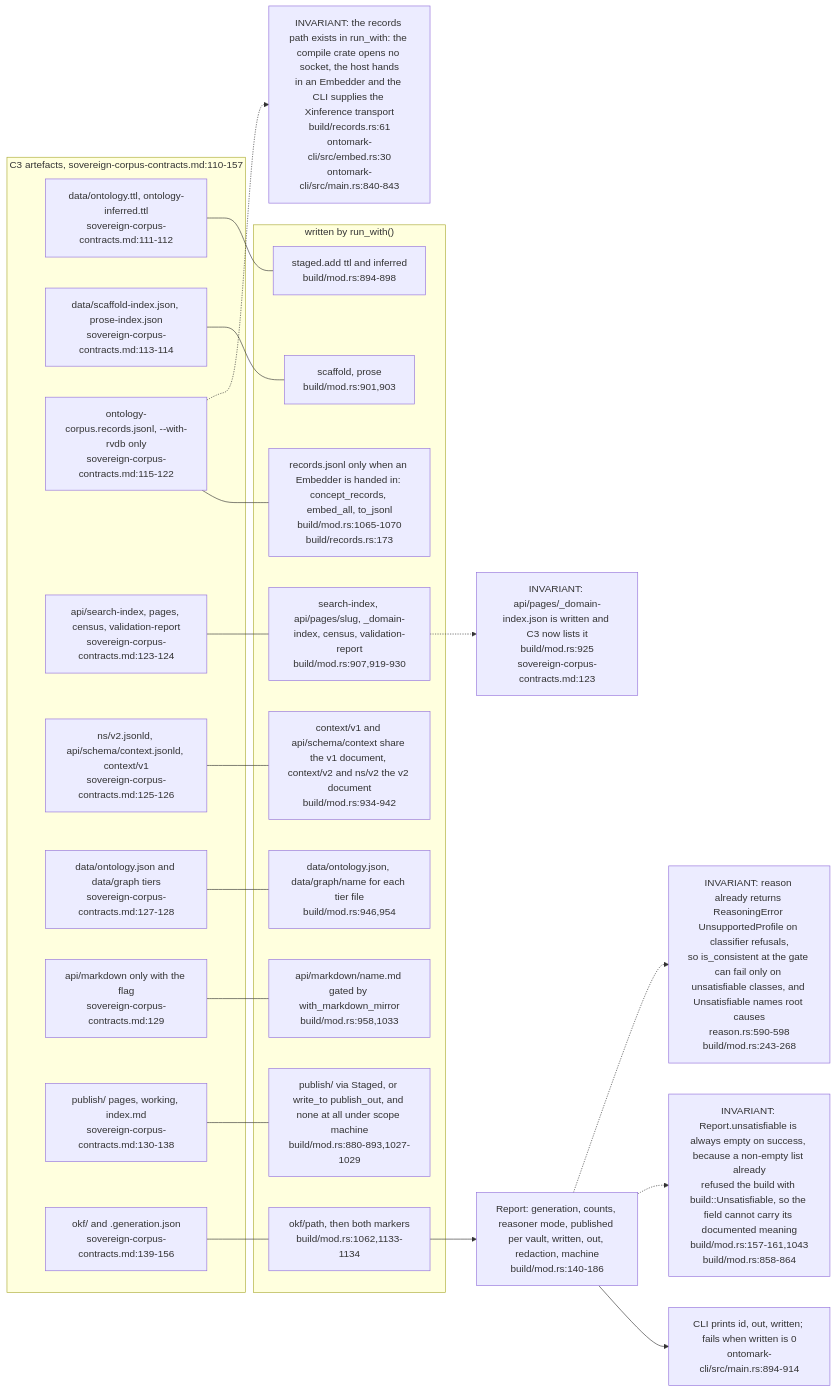
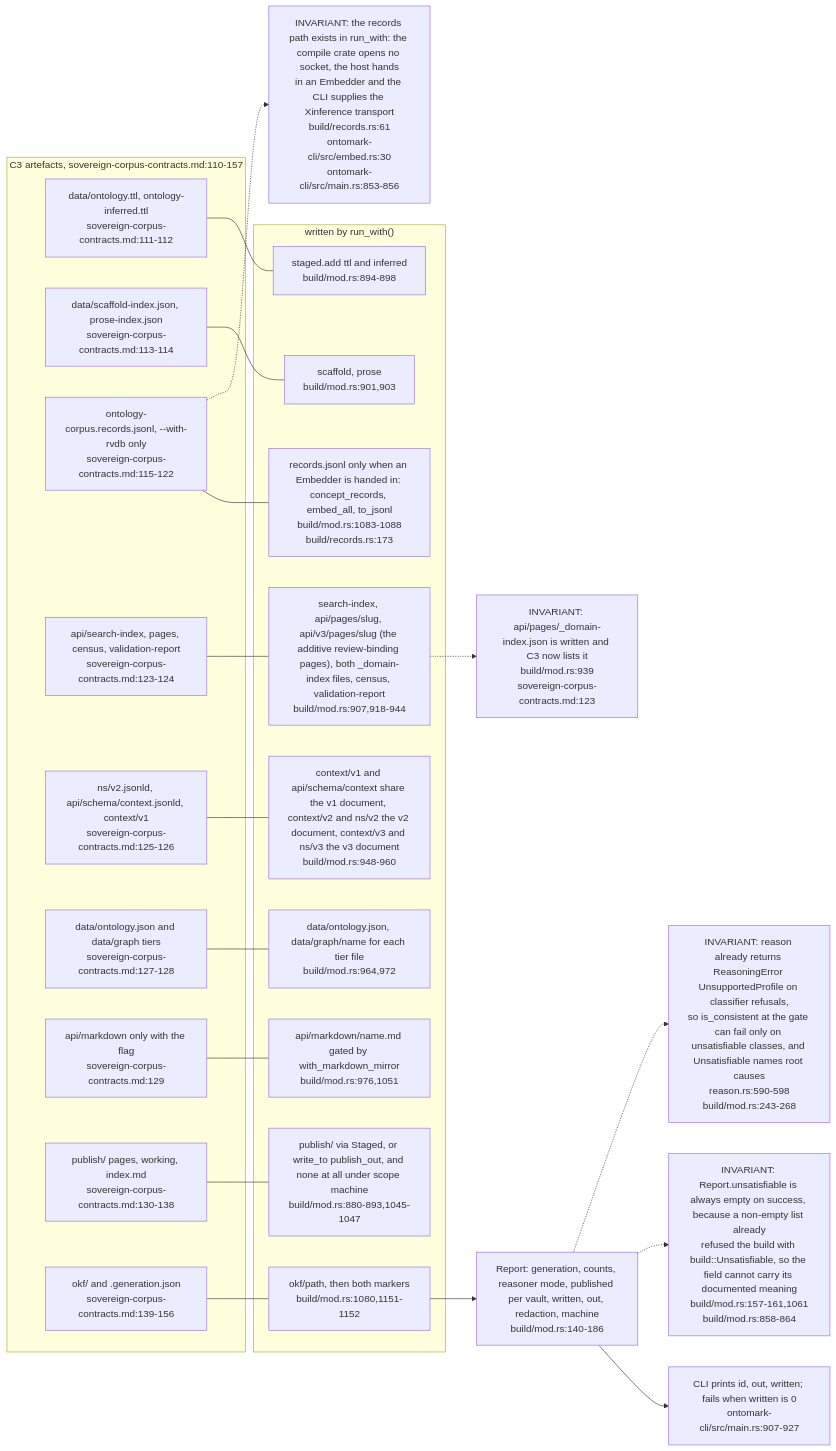
Before and after one commit to DreamLab-AI/VisionFlow: the seventh of 8 diagrams in docs/diagrams/ontomark/03-build-run-gates-staging-and-generation.md, drawn with Mermaid. The commit also changed other lines of this file and 70 other files, not shown here.

First line of the commit message:
docs(diagrams): re-verify 69 topics at current default-branch heads

````diff
--- a/docs/diagrams/ontomark/03-build-run-gates-staging-and-generation.md
+++ b/docs/diagrams/ontomark/03-build-run-gates-staging-and-generation.md
@@ -264,45 +267,45 @@
 ```mermaid
 flowchart LR
     subgraph C3["C3 artefacts, sovereign-corpus-contracts.md:110-157"]
         A1["data/ontology.ttl, ontology-inferred.ttl<br/>sovereign-corpus-contracts.md:111-112"]
         A2["data/scaffold-index.json, prose-index.json<br/>sovereign-corpus-contracts.md:113-114"]
         A3["ontology-corpus.records.jsonl, --with-rvdb only<br/>sovereign-corpus-contracts.md:115-122"]
         A4["api/search-index, pages, census, validation-report<br/>sovereign-corpus-contracts.md:123-124"]
         A5["ns/v2.jsonld, api/schema/context.jsonld, context/v1<br/>sovereign-corpus-contracts.md:125-126"]
         A6["data/ontology.json and data/graph tiers<br/>sovereign-corpus-contracts.md:127-128"]
         A7["api/markdown only with the flag<br/>sovereign-corpus-contracts.md:129"]
         A8["publish/ pages, working, index.md<br/>sovereign-corpus-contracts.md:130-138"]
         A9["okf/ and .generation.json<br/>sovereign-corpus-contracts.md:139-156"]
     end
     subgraph RUN["written by run_with()"]
         W1["staged.add ttl and inferred<br/>build/mod.rs:894-898"]
         W2["scaffold, prose<br/>build/mod.rs:901,903"]
-        W3["records.jsonl only when an Embedder is handed in: concept_records, embed_all, to_jsonl<br/>build/mod.rs:1065-1070<br/>build/records.rs:173"]
-        W4["search-index, api/pages/slug, _domain-index, census, validation-report<br/>build/mod.rs:907,919-930"]
-        W5["context/v1 and api/schema/context share the v1 document, context/v2 and ns/v2 the v2 document<br/>build/mod.rs:934-942"]
-        W6["data/ontology.json, data/graph/name for each tier file<br/>build/mod.rs:946,954"]
-        W7["api/markdown/name.md gated by with_markdown_mirror<br/>build/mod.rs:958,1033"]
-        W8["publish/ via Staged, or write_to publish_out, and none at all under scope machine<br/>build/mod.rs:880-893,1027-1029"]
-        W9["okf/path, then both markers<br/>build/mod.rs:1062,1133-1134"]
+        W3["records.jsonl only when an Embedder is handed in: concept_records, embed_all, to_jsonl<br/>build/mod.rs:1083-1088<br/>build/records.rs:173"]
+        W4["search-index, api/pages/slug, api/v3/pages/slug (the additive review-binding pages), both _domain-index files, census, validation-report<br/>build/mod.rs:907,918-944"]
+        W5["context/v1 and api/schema/context share the v1 document, context/v2 and ns/v2 the v2 document, context/v3 and ns/v3 the v3 document<br/>build/mod.rs:948-960"]
+        W6["data/ontology.json, data/graph/name for each tier file<br/>build/mod.rs:964,972"]
+        W7["api/markdown/name.md gated by with_markdown_mirror<br/>build/mod.rs:976,1051"]
+        W8["publish/ via Staged, or write_to publish_out, and none at all under scope machine<br/>build/mod.rs:880-893,1045-1047"]
+        W9["okf/path, then both markers<br/>build/mod.rs:1080,1151-1152"]
     end
     RPT["Report: generation, counts, reasoner mode, published per vault, written, out, redaction, machine<br/>build/mod.rs:140-186"]
-    CLI["CLI prints id, out, written; fails when written is 0<br/>ontomark-cli/src/main.rs:894-914"]
-    N1["INVARIANT: the records path exists in run_with: the compile crate opens no socket, the host hands<br/>in an Embedder and the CLI supplies the Xinference transport<br/>build/records.rs:61<br/>ontomark-cli/src/embed.rs:30<br/>ontomark-cli/src/main.rs:840-843"]
-    N2["INVARIANT: api/pages/_domain-index.json is written and C3 now lists it<br/>build/mod.rs:925<br/>sovereign-corpus-contracts.md:123"]
-    N3["INVARIANT: Report.unsatisfiable is always empty on success, because a non-empty list already<br/>refused the build with build::Unsatisfiable, so the field cannot carry its documented meaning<br/>build/mod.rs:157-161,1043<br/>build/mod.rs:858-864"]
+    CLI["CLI prints id, out, written; fails when written is 0<br/>ontomark-cli/src/main.rs:907-927"]
+    N1["INVARIANT: the records path exists in run_with: the compile crate opens no socket, the host hands<br/>in an Embedder and the CLI supplies the Xinference transport<br/>build/records.rs:61<br/>ontomark-cli/src/embed.rs:30<br/>ontomark-cli/src/main.rs:853-856"]
+    N2["INVARIANT: api/pages/_domain-index.json is written and C3 now lists it<br/>build/mod.rs:939<br/>sovereign-corpus-contracts.md:123"]
+    N3["INVARIANT: Report.unsatisfiable is always empty on success, because a non-empty list already<br/>refused the build with build::Unsatisfiable, so the field cannot carry its documented meaning<br/>build/mod.rs:157-161,1061<br/>build/mod.rs:858-864"]
     N4["INVARIANT: reason already returns ReasoningError UnsupportedProfile on classifier refusals,<br/>so is_consistent at the gate can fail only on unsatisfiable classes, and Unsatisfiable names root causes<br/>reason.rs:590-598<br/>build/mod.rs:243-268"]
     A1 --- W1
     A2 --- W2
     A3 --- W3
     A4 --- W4
     A5 --- W5
     A6 --- W6
     A7 --- W7
     A8 --- W8
     A9 --- W9
     W9 --> RPT --> CLI
     A3 -.-> N1
     W4 -.-> N2
     RPT -.-> N3
     RPT -.-> N4
 ```
````
